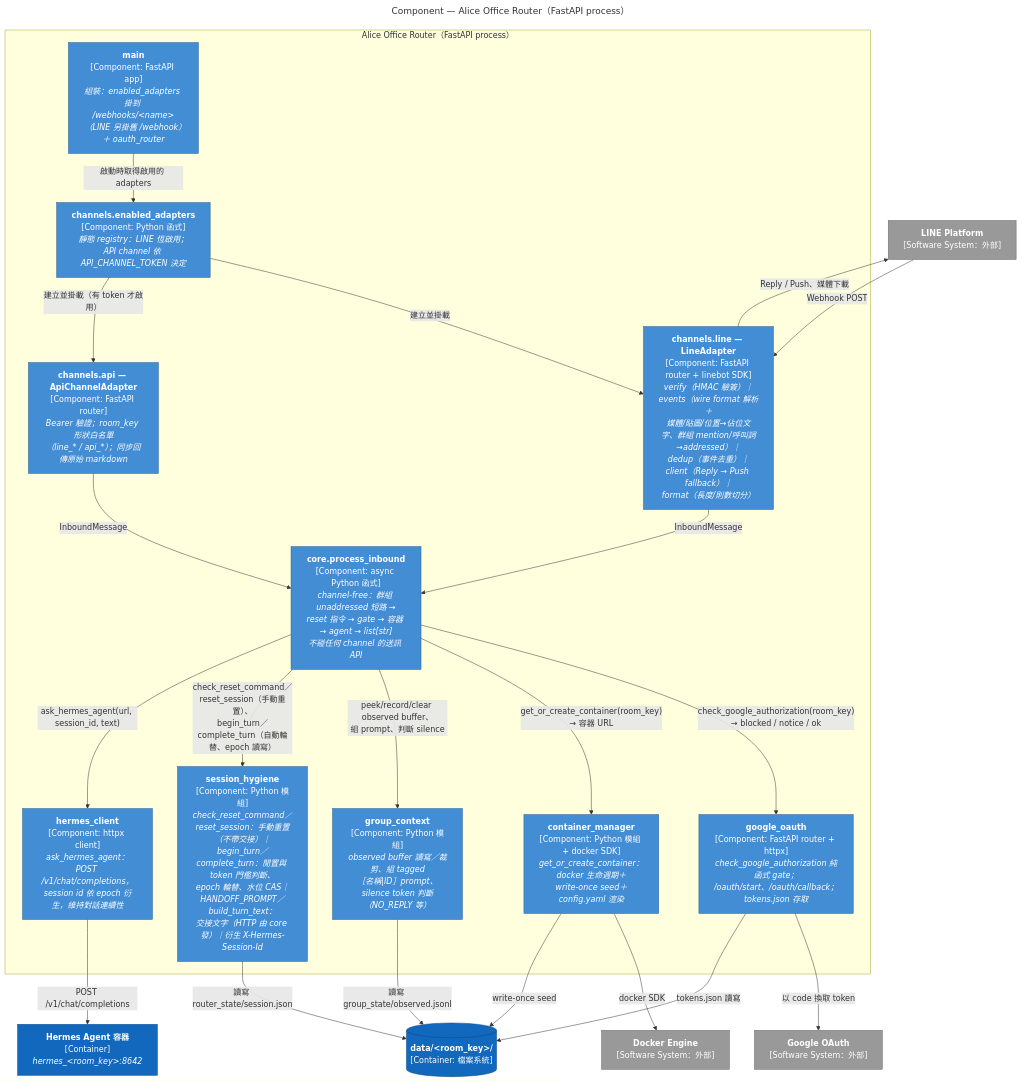
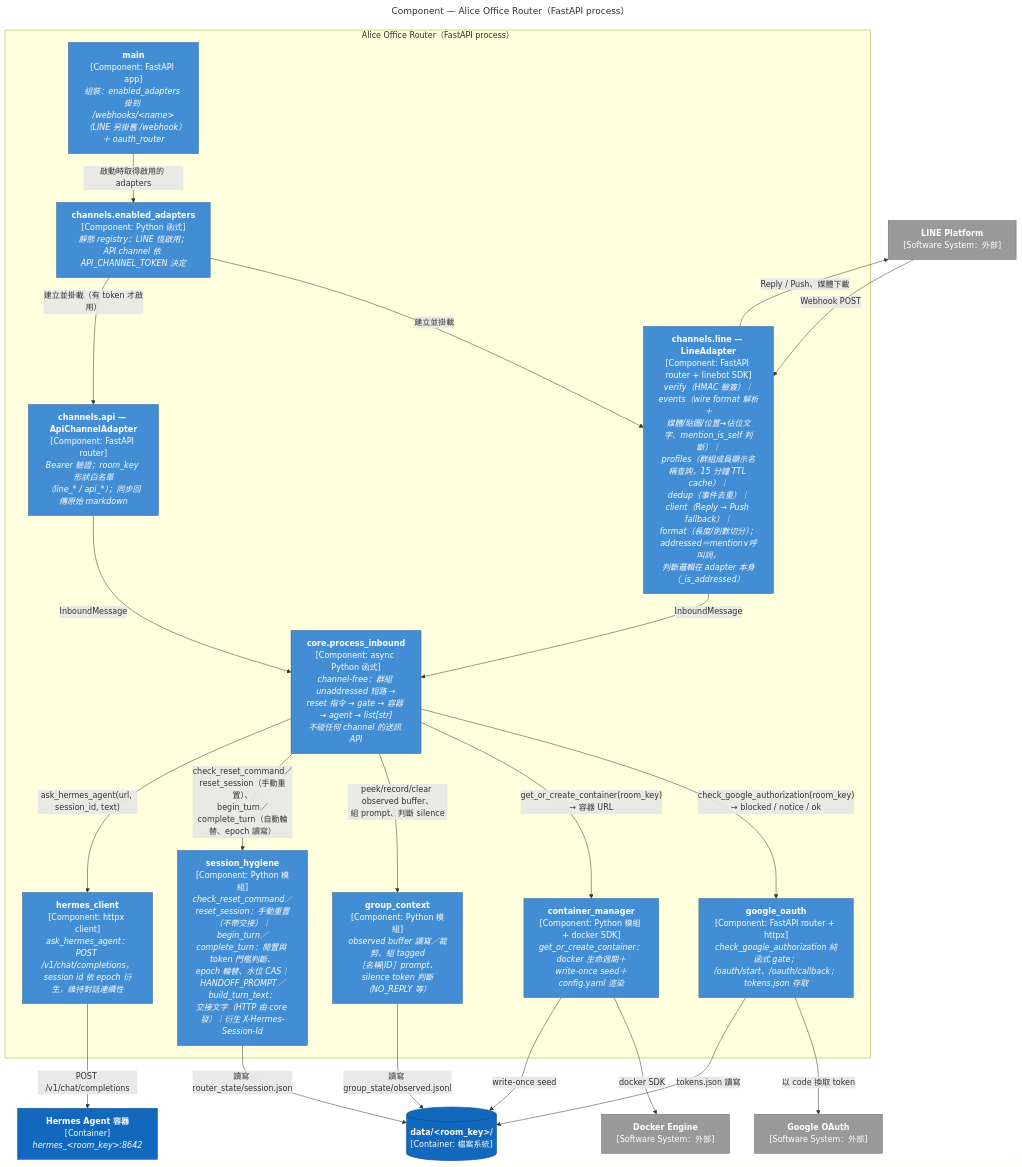
Before and after one commit to marychouchou/alice-office: the third of 4 diagrams in docs/architecture-c4.md, drawn with Mermaid. The commit also changed other lines of this file and 4 other files, not shown here.

````diff
--- a/docs/architecture-c4.md
+++ b/docs/architecture-c4.md
@@ -127,48 +128,48 @@
 ```mermaid
 ---
 title: "Component — Alice Office Router（FastAPI process）"
 ---
 flowchart TB
   classDef comp fill:#438dd5,color:#fff,stroke:#2e6295
   classDef ext fill:#999999,color:#fff,stroke:#6b6b6b
   classDef container fill:#1168bd,color:#fff,stroke:#0b4884
 
   line["<b>LINE Platform</b><br/>[Software System：外部]"]:::ext
   google["<b>Google OAuth</b><br/>[Software System：外部]"]:::ext
   docker["<b>Docker Engine</b><br/>[Software System：外部]"]:::ext
   hermes["<b>Hermes Agent 容器</b><br/>[Container]<br/><i>hermes_&lt;room_key&gt;:8642</i>"]:::container
   roomdata[("<b>data/&lt;room_key&gt;/</b><br/>[Container: 檔案系統]")]:::container
 
   subgraph router["Alice Office Router（FastAPI process）"]
     main["<b>main</b><br/>[Component: FastAPI app]<br/><i>組裝：enabled_adapters 掛到 /webhooks/&lt;name&gt;<br/>（LINE 另掛舊 /webhook）＋ oauth_router</i>"]:::comp
     registry["<b>channels.enabled_adapters</b><br/>[Component: Python 函式]<br/><i>靜態 registry：LINE 恆啟用；<br/>API channel 依 API_CHANNEL_TOKEN 決定</i>"]:::comp
-    line_adapter["<b>channels.line — LineAdapter</b><br/>[Component: FastAPI router + linebot SDK]<br/><i>verify（HMAC 驗簽）｜events（wire format 解析＋<br/>媒體/貼圖/位置→佔位文字、群組 mention/呼叫詞→addressed）｜<br/>dedup（事件去重）｜client（Reply → Push fallback）｜<br/>format（長度/則數切分）</i>"]:::comp
+    line_adapter["<b>channels.line — LineAdapter</b><br/>[Component: FastAPI router + linebot SDK]<br/><i>verify（HMAC 驗簽）｜events（wire format 解析＋<br/>媒體/貼圖/位置→佔位文字、mention_is_self 判斷）｜<br/>profiles（群組成員顯示名稱查詢，15 分鐘 TTL cache）｜<br/>dedup（事件去重）｜client（Reply → Push fallback）｜<br/>format（長度/則數切分）；addressed＝mention∨呼叫詞，<br/>判斷邏輯在 adapter 本身（_is_addressed）</i>"]:::comp
     api_adapter["<b>channels.api — ApiChannelAdapter</b><br/>[Component: FastAPI router]<br/><i>Bearer 驗證；room_key 形狀白名單<br/>（line_* / api_*）；同步回傳原始 markdown</i>"]:::comp
     core["<b>core.process_inbound</b><br/>[Component: async Python 函式]<br/><i>channel-free：群組 unaddressed 短路 →<br/>reset 指令 → gate → 容器 → agent → list[str]<br/>不碰任何 channel 的送訊 API</i>"]:::comp
     group_ctx["<b>group_context</b><br/>[Component: Python 模組]<br/><i>observed buffer 讀寫／裁剪、組 tagged<br/>［名稱|ID］prompt、silence token 判斷（NO_REPLY 等）</i>"]:::comp
     sess_hyg["<b>session_hygiene</b><br/>[Component: Python 模組]<br/><i>check_reset_command／reset_session：手動重置（不帶交接）｜<br/>begin_turn／complete_turn：閒置與 token 門檻判斷、<br/>epoch 輪替、水位 CAS｜HANDOFF_PROMPT／build_turn_text：<br/>交接文字（HTTP 由 core 發）｜衍生 X-Hermes-Session-Id</i>"]:::comp
     oauth["<b>google_oauth</b><br/>[Component: FastAPI router + httpx]<br/><i>check_google_authorization 純函式 gate；<br/>/oauth/start、/oauth/callback；tokens.json 存取</i>"]:::comp
     cm["<b>container_manager</b><br/>[Component: Python 模組 + docker SDK]<br/><i>get_or_create_container：docker 生命週期＋<br/>write-once seed＋config.yaml 渲染</i>"]:::comp
     hc["<b>hermes_client</b><br/>[Component: httpx client]<br/><i>ask_hermes_agent：POST /v1/chat/completions，<br/>session id 依 epoch 衍生，維持對話連續性</i>"]:::comp
   end
 
   main -- "啟動時取得啟用的 adapters" --> registry
   registry -- "建立並掛載" --> line_adapter
   registry -- "建立並掛載（有 token 才啟用）" --> api_adapter
   line -- "Webhook POST" --> line_adapter
   line_adapter -- "Reply / Push、媒體下載" --> line
   line_adapter -- "InboundMessage" --> core
   api_adapter -- "InboundMessage" --> core
   core -- "check_google_authorization(room_key)<br/>→ blocked / notice / ok" --> oauth
   core -- "get_or_create_container(room_key)<br/>→ 容器 URL" --> cm
   core -- "peek/record/clear observed buffer、<br/>組 prompt、判斷 silence" --> group_ctx
   core -- "check_reset_command／reset_session（手動重置）、<br/>begin_turn／complete_turn（自動輪替、epoch 讀寫）" --> sess_hyg
   core -- "ask_hermes_agent(url, session_id, text)" --> hc
   cm -- "docker SDK" --> docker
   cm -- "write-once seed" --> roomdata
   group_ctx -- "讀寫 group_state/observed.jsonl" --> roomdata
   sess_hyg -- "讀寫 router_state/session.json" --> roomdata
   oauth -- "以 code 換取 token" --> google
   oauth -- "tokens.json 讀寫" --> roomdata
   hc -- "POST /v1/chat/completions" --> hermes
 ```
````
